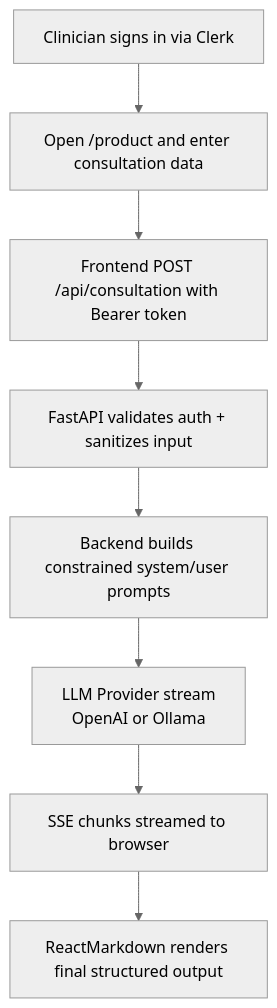
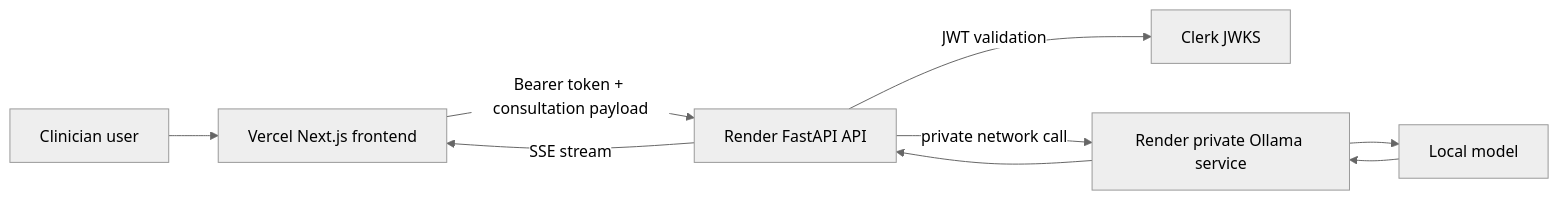
The diagram in README.md (bkane56/consultationAI), drawn with Mermaid (neutral theme) before and after one commit. The commit also changed other lines of this file and 6 other files, not shown here.

````diff
--- a/README.md
+++ b/README.md
@@ -41,10 +43,11 @@
 ```mermaid
-flowchart TD
-    A[Clinician signs in via Clerk] --> B[Open /product and enter consultation data]
-    B --> C[Frontend POST /api/consultation with Bearer token]
-    C --> D[FastAPI validates auth + sanitizes input]
-    D --> E[Backend builds constrained system/user prompts]
-    E --> F[LLM Provider stream \n OpenAI or Ollama]
-    F --> G[SSE chunks streamed to browser]
-    G --> H[ReactMarkdown renders final structured output]
+flowchart LR
+    U[Clinician user] --> F[Vercel Next.js frontend]
+    F -->|Bearer token + consultation payload| A[Render FastAPI API]
+    A -->|JWT validation| C[Clerk JWKS]
+    A -->|private network call| O[Render private Ollama service]
+    O --> M[Local model]
+    M --> O
+    O --> A
+    A -->|SSE stream| F
 ```
````
